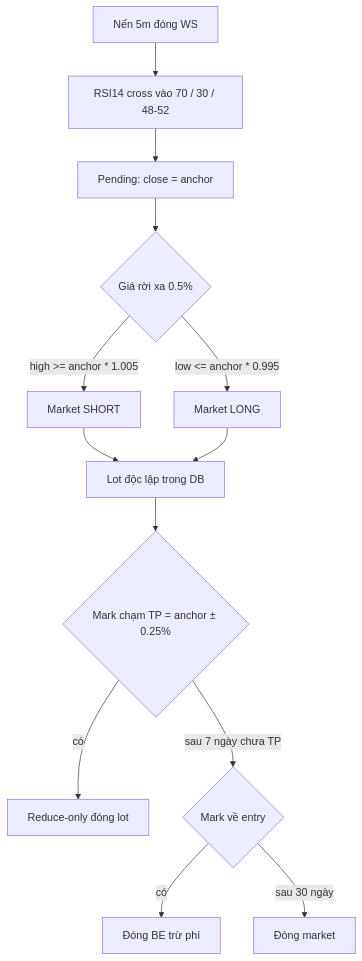
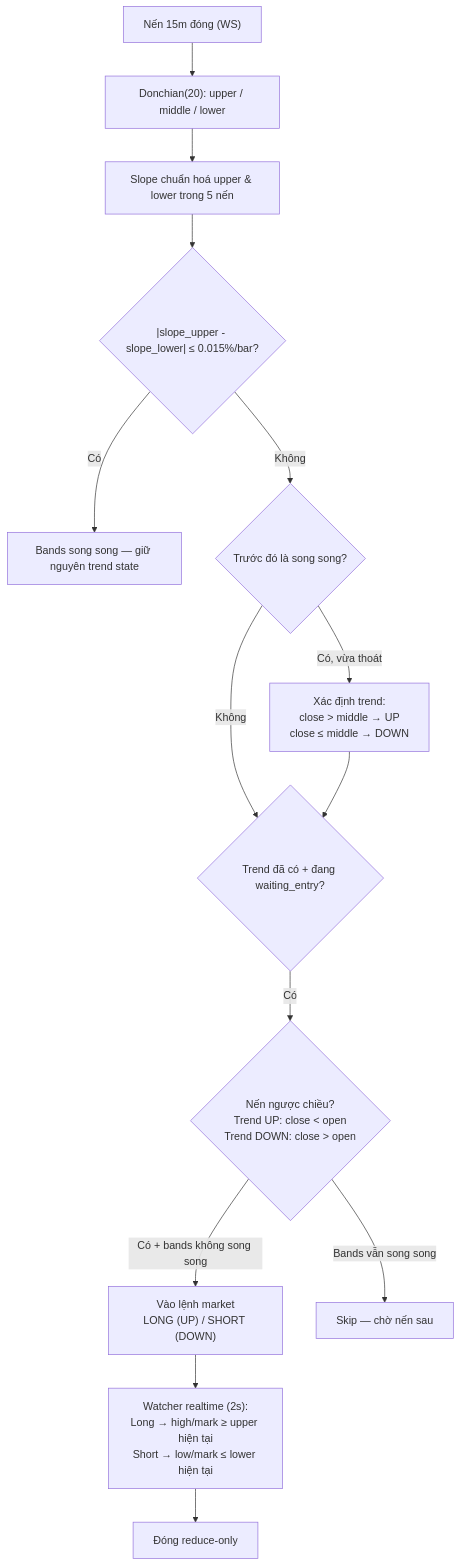
The second of 2 diagrams in docs/BOT_LOGIC.md (vnbees/ema-follow), drawn with Mermaid before and after one commit. The commit also changed other lines of this file and 29 other files, not shown here.

````diff
--- a/docs/BOT_LOGIC.md
+++ b/docs/BOT_LOGIC.md
@@ -57,15 +46,16 @@
 ```mermaid
 flowchart TD
-    kline["Nến 5m đóng WS"] --> rsi["RSI14 cross vào 70 / 30 / 48-52"]
-    rsi --> anchor["Pending: close = anchor"]
-    anchor --> leave{"Giá rời xa 0.5%"}
-    leave -->|"high >= anchor * 1.005"| short["Market SHORT"]
-    leave -->|"low <= anchor * 0.995"| long["Market LONG"]
-    short --> hold["Lot độc lập trong DB"]
-    long --> hold
-    hold --> tp{"Mark chạm TP = anchor ± 0.25%"}
-    tp -->|có| closeTp["Reduce-only đóng lot"]
-    tp -->|"sau 7 ngày chưa TP"| be{"Mark về entry"}
-    be -->|có| closeBe["Đóng BE trừ phí"]
-    be -->|"sau 30 ngày"| closeAge["Đóng market"]
+    kline["Nến 15m đóng (WS)"] --> dc["Donchian(20): upper / middle / lower"]
+    dc --> slope["Slope chuẩn hoá upper & lower trong 5 nến"]
+    slope --> parallel{"|slope_upper - slope_lower| ≤ 0.015%/bar?"}
+    parallel -->|Có| wait["Bands song song — giữ nguyên trend state"]
+    parallel -->|Không| exit_check{"Trước đó là song song?"}
+    exit_check -->|Có, vừa thoát| trend["Xác định trend:\nclose > middle → UP\nclose ≤ middle → DOWN"]
+    exit_check -->|Không| entry_check
+    trend --> entry_check{"Trend đã có + đang waiting_entry?"}
+    entry_check -->|Có| counter{"Nến ngược chiều?\nTrend UP: close < open\nTrend DOWN: close > open"}
+    counter -->|Có + bands không song song| open["Vào lệnh market\nLONG (UP) / SHORT (DOWN)"]
+    counter -->|Bands vẫn song song| skip["Skip — chờ nến sau"]
+    open --> tp["Watcher realtime (2s):\nLong → high/mark ≥ upper hiện tại\nShort → low/mark ≤ lower hiện tại"]
+    tp --> close["Đóng reduce-only"]
 ```
````
